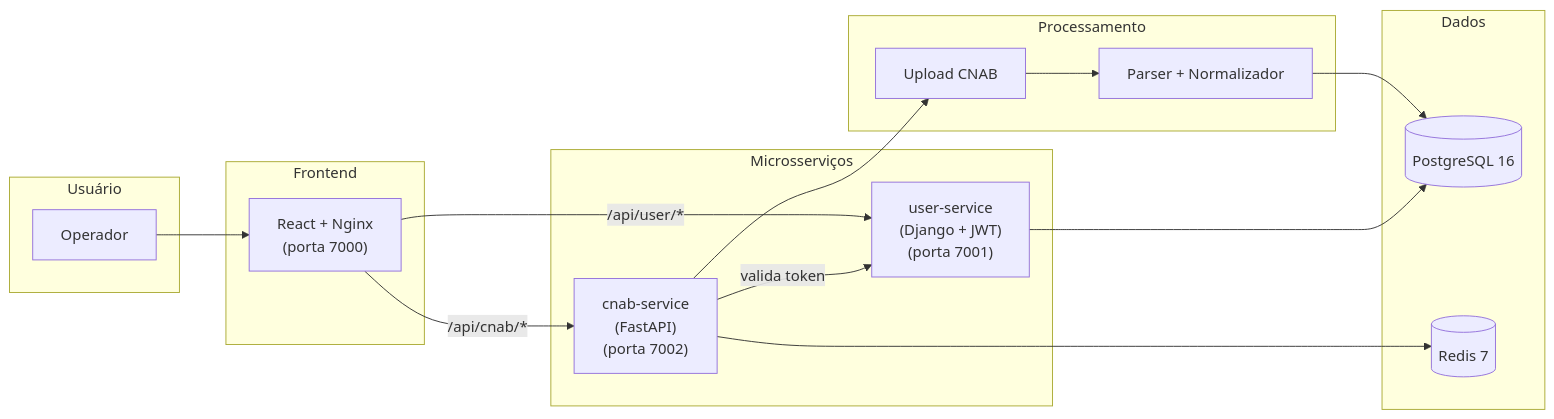
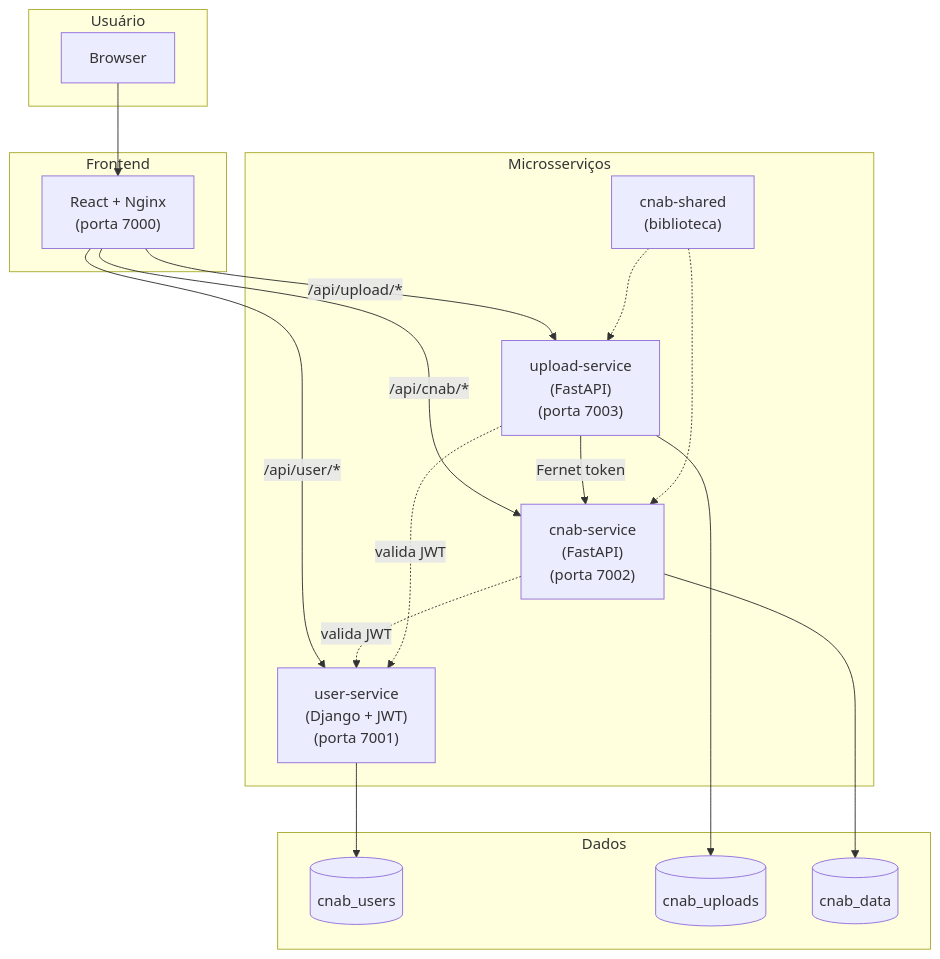
One commit to LucasBiason/desafio-dev changed the diagram in docs/00-context/system-context.md. Above: the diagram before and after it, drawn with Mermaid. The commit also changed other lines of this file and 35 other files, not shown here.

Commit message:
feat(cnab-service): add models, Alembic migrations, separate databases, ADR-001 and docs update

````diff
--- a/docs/00-context/system-context.md
+++ b/docs/00-context/system-context.md
@@ -16,33 +16,36 @@
 ```mermaid
-flowchart LR
+flowchart TB
   subgraph User["Usuário"]
-    OP[Operador]
+    Browser[Browser]
   end
 
-  subgraph Frontend
+  subgraph Frontend["Frontend"]
     FE["React + Nginx\n(porta 7000)"]
   end
 
-  subgraph Backend["Microsserviços"]
+  subgraph Services["Microsserviços"]
     US["user-service\n(Django + JWT)\n(porta 7001)"]
+    UPS["upload-service\n(FastAPI)\n(porta 7003)"]
     CS["cnab-service\n(FastAPI)\n(porta 7002)"]
-  end
-
-  subgraph Processing["Processamento"]
-    UP["Upload CNAB"]
-    PA["Parser + Normalizador"]
+    SH["cnab-shared\n(biblioteca)"]
   end
 
   subgraph Data["Dados"]
-    PG[("PostgreSQL 16")]
-    RD[("Redis 7")]
+    PG_USERS[("cnab_users")]
+    PG_UPLOADS[("cnab_uploads")]
+    PG_DATA[("cnab_data")]
   end
 
-  OP --> FE
+  Browser --> FE
   FE -->|"/api/user/*"| US
+  FE -->|"/api/upload/*"| UPS
   FE -->|"/api/cnab/*"| CS
-  CS --> UP --> PA --> PG
-  CS -->|"valida token"| US
-  US --> PG
-  CS --> RD
+  UPS -->|"Fernet token"| CS
+  CS -.->|"valida JWT"| US
+  UPS -.->|"valida JWT"| US
+  SH -.-> CS
+  SH -.-> UPS
+  US --> PG_USERS
+  UPS --> PG_UPLOADS
+  CS --> PG_DATA
 ```
````
